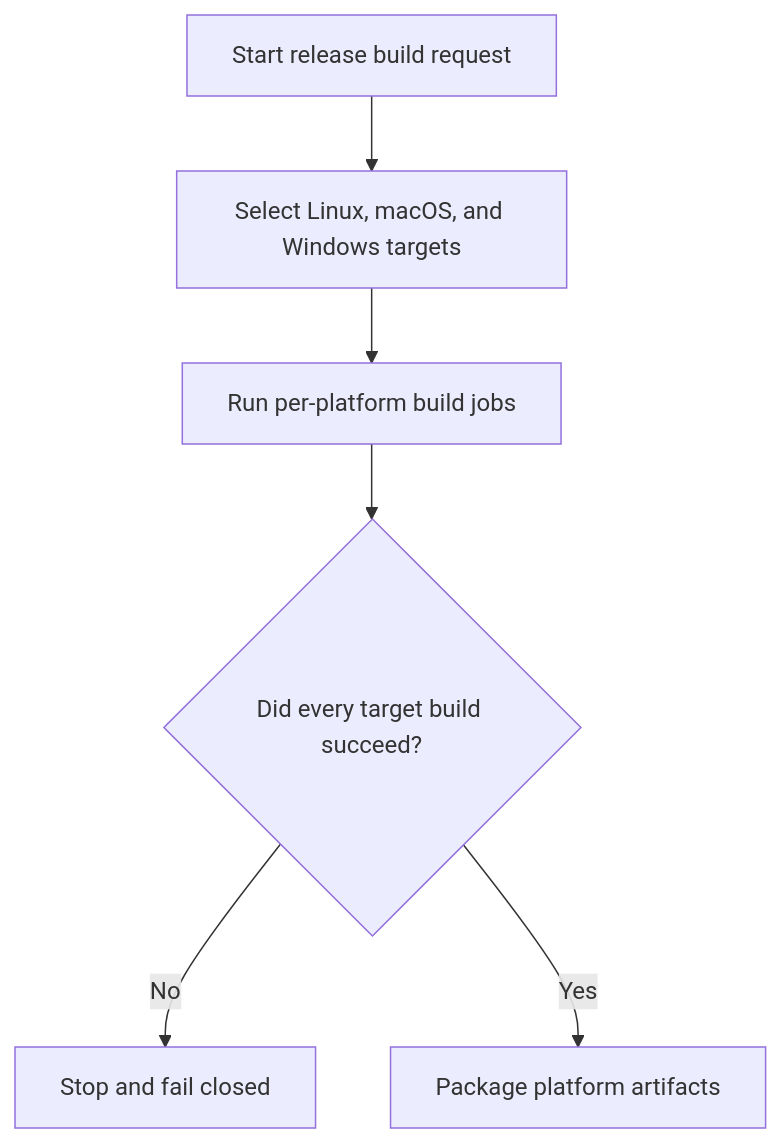
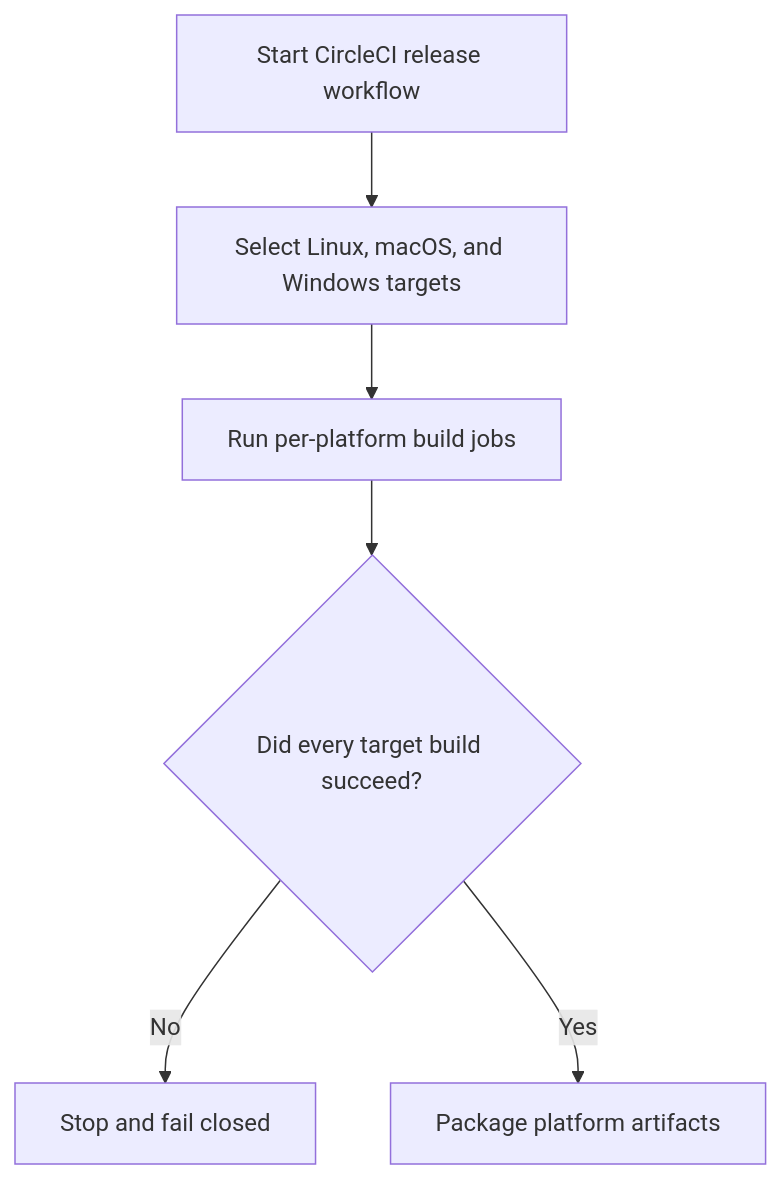
One commit to vivekvedant/prune-guard changed the first of 3 diagrams in flowcharts/cross-platform-build-distribution.md. Above: the diagram before and after it, drawn with Mermaid. The commit also changed other lines of this file and 4 other files, not shown here.

Commit message:
ci(build): move cross-platform workflow to circleci

````diff
--- a/flowcharts/cross-platform-build-distribution.md
+++ b/flowcharts/cross-platform-build-distribution.md
@@ -7,8 +7,8 @@
 ```mermaid
 flowchart TD
-    A[Start release build request] --> B[Select Linux, macOS, and Windows targets]
+    A[Start CircleCI release workflow] --> B[Select Linux, macOS, and Windows targets]
     B --> C[Run per-platform build jobs]
     C --> D{Did every target build succeed?}
     D -- No --> E[Stop and fail closed]
     D -- Yes --> F[Package platform artifacts]
 ```
````
